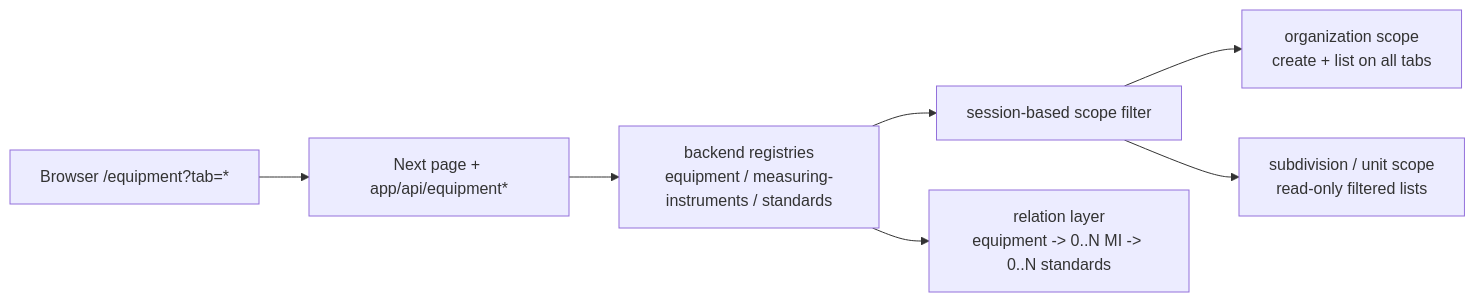
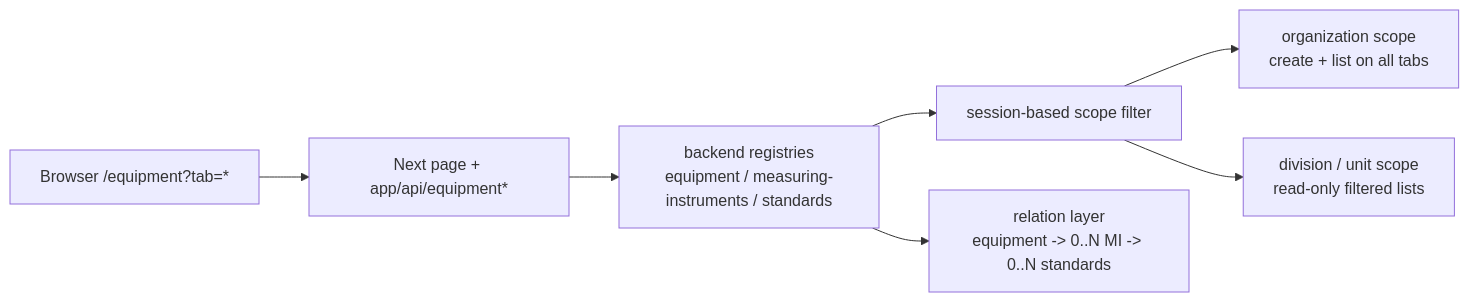
The sixth of 9 diagrams in docs/architecture/frontend-architecture.md (vrk-app/vrk), drawn with Mermaid before and after one commit. The commit also changed other lines of this file and 313 other files, not shown here.

````diff
--- a/docs/architecture/frontend-architecture.md
+++ b/docs/architecture/frontend-architecture.md
@@ -176,9 +192,9 @@
 ```mermaid
 flowchart LR
     A["Browser /equipment?tab=*"] --> B["Next page + app/api/equipment*"]
     B --> C["backend registries<br/>equipment / measuring-instruments / standards"]
     C --> D["session-based scope filter"]
     D --> E["organization scope<br/>create + list on all tabs"]
-    D --> F["subdivision / unit scope<br/>read-only filtered lists"]
+    D --> F["division / unit scope<br/>read-only filtered lists"]
     C --> G["relation layer<br/>equipment -> 0..N MI -> 0..N standards"]
 ```
````
